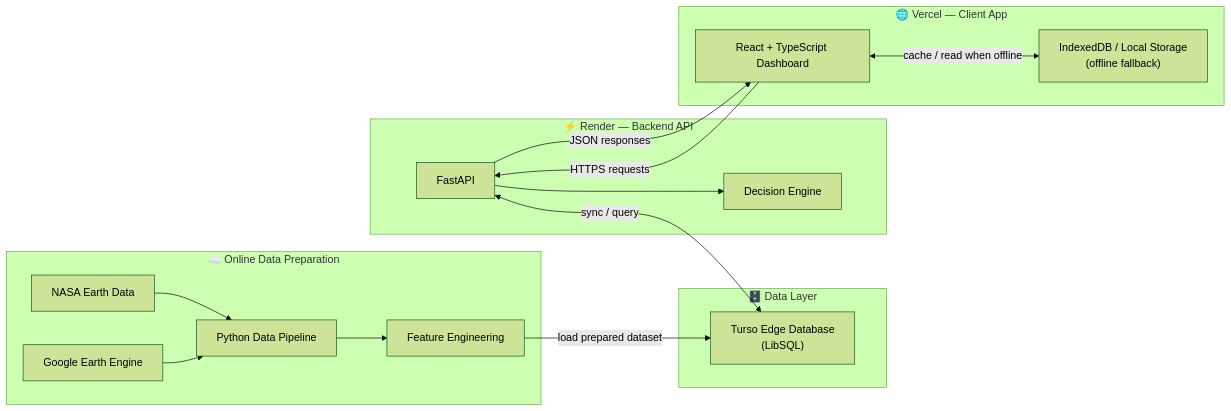
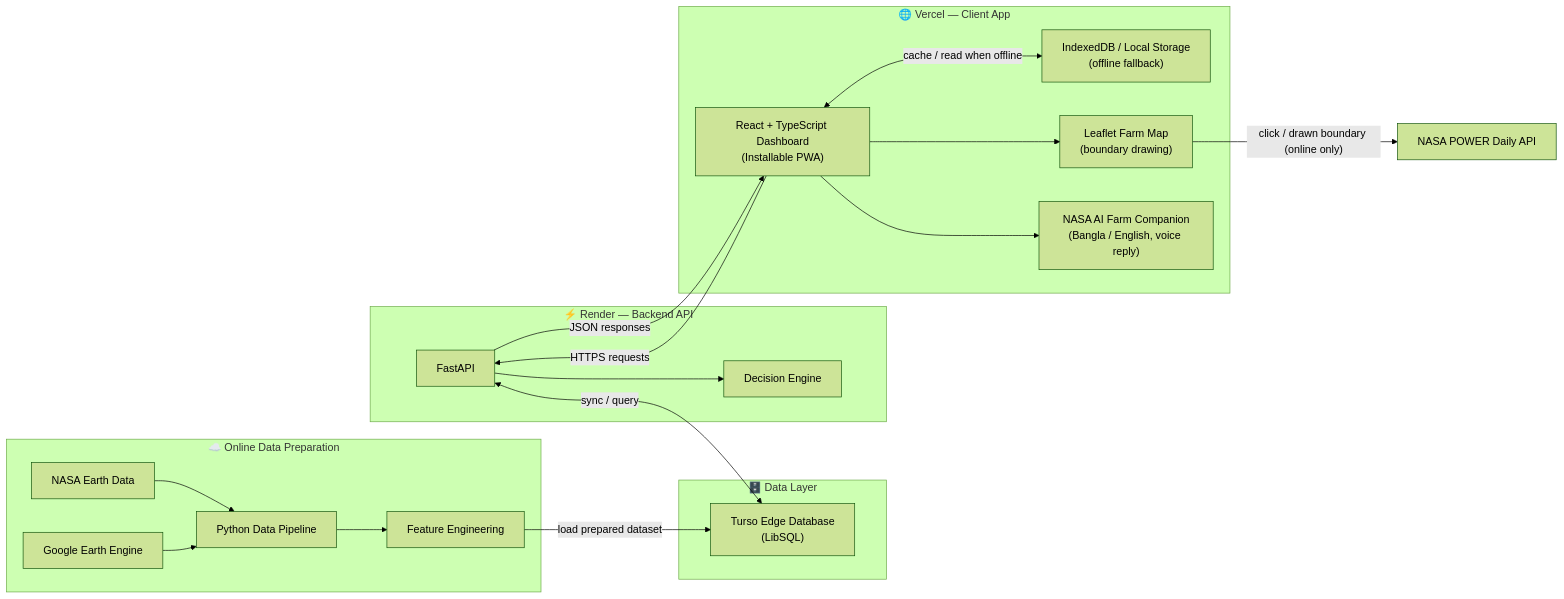
Before and after one commit to Zishan-125/field-shift: the second of 5 diagrams in README.md, drawn with Mermaid (forest theme). The commit also changed other lines of this file, not shown here.

First line of the commit message:
Enhance README with Leaflet and PWA features

````diff
--- a/README.md
+++ b/README.md
@@ -250,36 +270,43 @@
 ```mermaid
 flowchart LR
 
     subgraph ONLINE["☁️ Online Data Preparation"]
         NASA["NASA Earth Data"]
         GEE["Google Earth Engine"]
         PIPE["Python Data Pipeline"]
         FEATURES["Feature Engineering"]
     end
 
     subgraph EDGE["🗄️ Data Layer"]
         DB["Turso Edge Database<br/>(LibSQL)"]
     end
 
     subgraph BACKEND["⚡ Render — Backend API"]
         API["FastAPI"]
         ENGINE["Decision Engine"]
     end
 
     subgraph CLIENT["🌐 Vercel — Client App"]
-        WEB["React + TypeScript Dashboard"]
+        WEB["React + TypeScript Dashboard<br/>(Installable PWA)"]
         STORAGE["IndexedDB / Local Storage<br/>(offline fallback)"]
+        MAP["Leaflet Farm Map<br/>(boundary drawing)"]
+        COMPANION["NASA AI Farm Companion<br/>(Bangla / English, voice reply)"]
     end
+
+    POWER["NASA POWER Daily API"]
 
     NASA --> PIPE
     GEE --> PIPE
     PIPE --> FEATURES
     FEATURES -->|"load prepared dataset"| DB
 
     WEB -->|"HTTPS requests"| API
     API --> ENGINE
     API <-->|"sync / query"| DB
     API -->|"JSON responses"| WEB
 
     WEB <-->|"cache / read when offline"| STORAGE
+    WEB --> MAP
+    WEB --> COMPANION
+    MAP -->|"click / drawn boundary (online only)"| POWER
 ```
````
